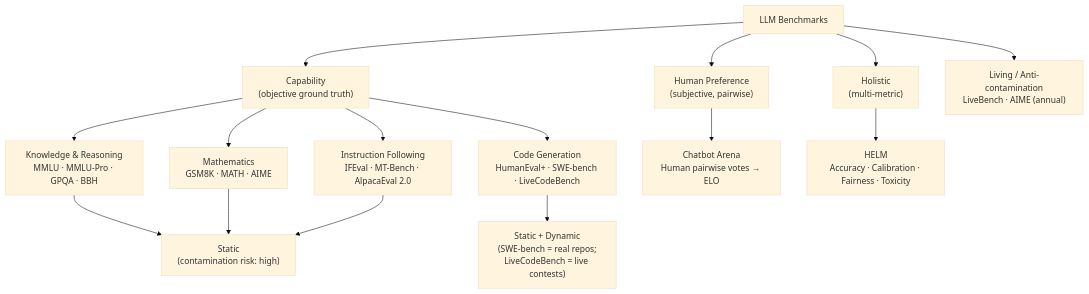
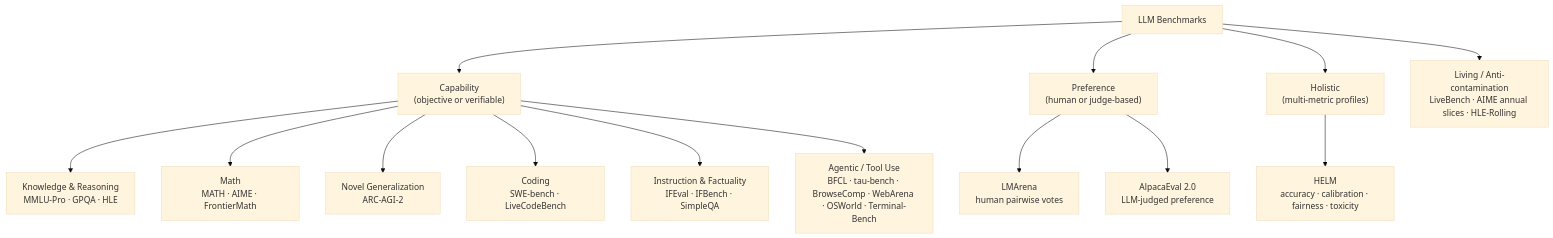
Before and after one commit to JuanLara18/portfolio: the diagram in front/public/blog/posts/field-notes/llm-benchmarks.md, drawn with Mermaid (base theme). The commit also changed other lines of this file and 1 other file, not shown here.

First line of the commit message:
feat: update LLM benchmarks blog post with new insights and content

````diff
--- a/front/public/blog/posts/field-notes/llm-benchmarks.md
+++ b/front/public/blog/posts/field-notes/llm-benchmarks.md
@@ -36,24 +45,22 @@
 ```mermaid
 flowchart TB
-    ROOT["LLM Benchmarks"]
+    root["LLM Benchmarks"]
 
-    ROOT --> CAP["Capability\n(objective ground truth)"]
-    ROOT --> PREF["Human Preference\n(subjective, pairwise)"]
-    ROOT --> HOLI["Holistic\n(multi-metric)"]
+    root --> cap["Capability\n(objective or verifiable)"]
+    root --> pref["Preference\n(human or judge-based)"]
+    root --> holi["Holistic\n(multi-metric profiles)"]
 
-    CAP --> KNOW["Knowledge & Reasoning\nMMLU · MMLU-Pro · GPQA · BBH"]
-    CAP --> MATH["Mathematics\nGSM8K · MATH · AIME"]
-    CAP --> CODE["Code Generation\nHumanEval+ · SWE-bench · LiveCodeBench"]
-    CAP --> INST["Instruction Following\nIFEval · MT-Bench · AlpacaEval 2.0"]
+    cap --> know["Knowledge & Reasoning\nMMLU-Pro · GPQA · HLE"]
+    cap --> math["Math\nMATH · AIME · FrontierMath"]
+    cap --> novel["Novel Generalization\nARC-AGI-2"]
+    cap --> code["Coding\nSWE-bench · LiveCodeBench"]
+    cap --> ifollow["Instruction & Factuality\nIFEval · IFBench · SimpleQA"]
+    cap --> agent["Agentic / Tool Use\nBFCL · tau-bench · BrowseComp · WebArena · OSWorld · Terminal-Bench"]
 
-    KNOW --> STAT["Static\n(contamination risk: high)"]
-    MATH --> STAT
-    CODE --> MIX["Static + Dynamic\n(SWE-bench = real repos;\nLiveCodeBench = live contests)"]
-    INST --> STAT
+    pref --> arena["LMArena\nhuman pairwise votes"]
+    pref --> alpaca["AlpacaEval 2.0\nLLM-judged preference"]
 
-    PREF --> ARENA["Chatbot Arena\nHuman pairwise votes → ELO"]
-    HOLI --> HELM["HELM\nAccuracy · Calibration · Fairness · Toxicity"]
+    holi --> helm["HELM\naccuracy · calibration · fairness · toxicity"]
 
-    ROOT --> LIVE["Living / Anti-contamination\nLiveBench · AIME (annual)"]
-
+    root --> live["Living / Anti-contamination\nLiveBench · AIME annual slices · HLE-Rolling"]
 ```
````
